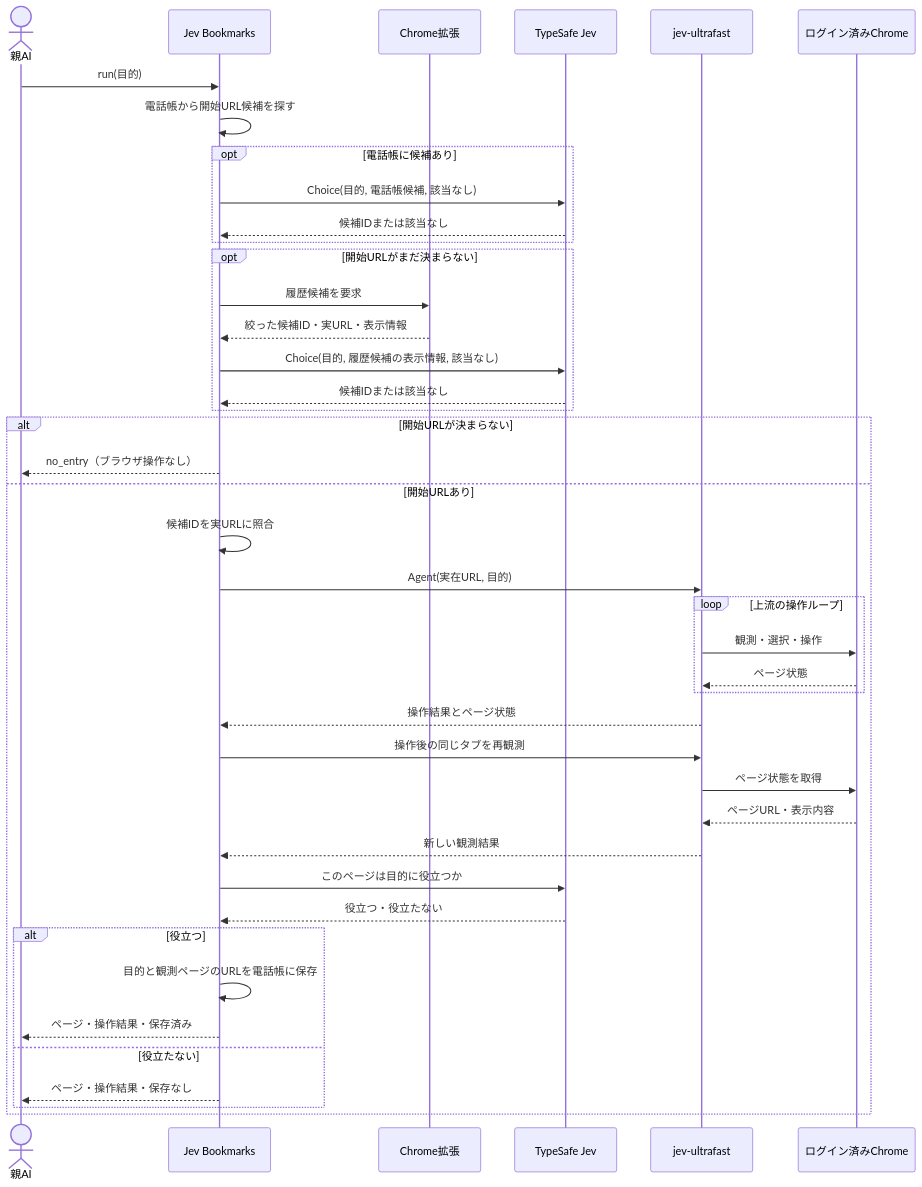
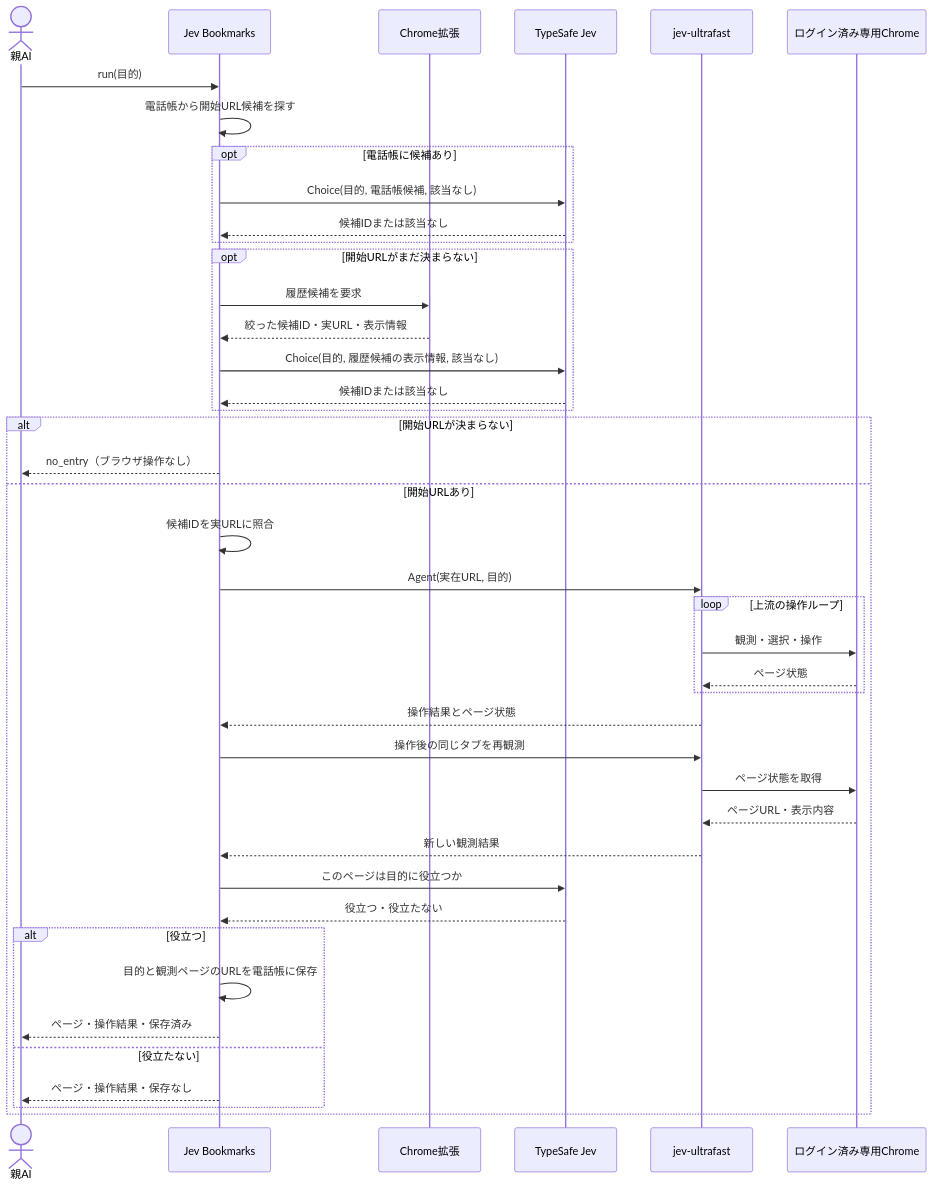
One commit to kitepon/jev-bookmarks changed the diagram in docs/design.md. Above: the diagram before and after it, drawn with Mermaid. The commit also changed other lines of this file and 21 other files, not shown here.

````diff
--- a/docs/design.md
+++ b/docs/design.md
@@ -11,44 +11,44 @@
 ```mermaid
 sequenceDiagram
     actor 親AI
     participant JB as Jev Bookmarks
     participant 履歴 as Chrome拡張
     participant Jev as TypeSafe Jev
     participant 操作 as jev-ultrafast
-    participant Chrome as ログイン済みChrome
+    participant Chrome as ログイン済み専用Chrome
     親AI->>JB: run(目的)
     JB->>JB: 電話帳から開始URL候補を探す
     opt 電話帳に候補あり
         JB->>Jev: Choice(目的, 電話帳候補, 該当なし)
         Jev-->>JB: 候補IDまたは該当なし
     end
     opt 開始URLがまだ決まらない
         JB->>履歴: 履歴候補を要求
         履歴-->>JB: 絞った候補ID・実URL・表示情報
         JB->>Jev: Choice(目的, 履歴候補の表示情報, 該当なし)
         Jev-->>JB: 候補IDまたは該当なし
     end
     alt 開始URLが決まらない
         JB-->>親AI: no_entry（ブラウザ操作なし）
     else 開始URLあり
         JB->>JB: 候補IDを実URLに照合
         JB->>操作: Agent(実在URL, 目的)
         loop 上流の操作ループ
             操作->>Chrome: 観測・選択・操作
             Chrome-->>操作: ページ状態
         end
         操作-->>JB: 操作結果とページ状態
         JB->>操作: 操作後の同じタブを再観測
         操作->>Chrome: ページ状態を取得
         Chrome-->>操作: ページURL・表示内容
         操作-->>JB: 新しい観測結果
         JB->>Jev: このページは目的に役立つか
         Jev-->>JB: 役立つ・役立たない
         alt 役立つ
             JB->>JB: 目的と観測ページのURLを電話帳に保存
             JB-->>親AI: ページ・操作結果・保存済み
         else 役立たない
             JB-->>親AI: ページ・操作結果・保存なし
         end
     end
 ```
````
